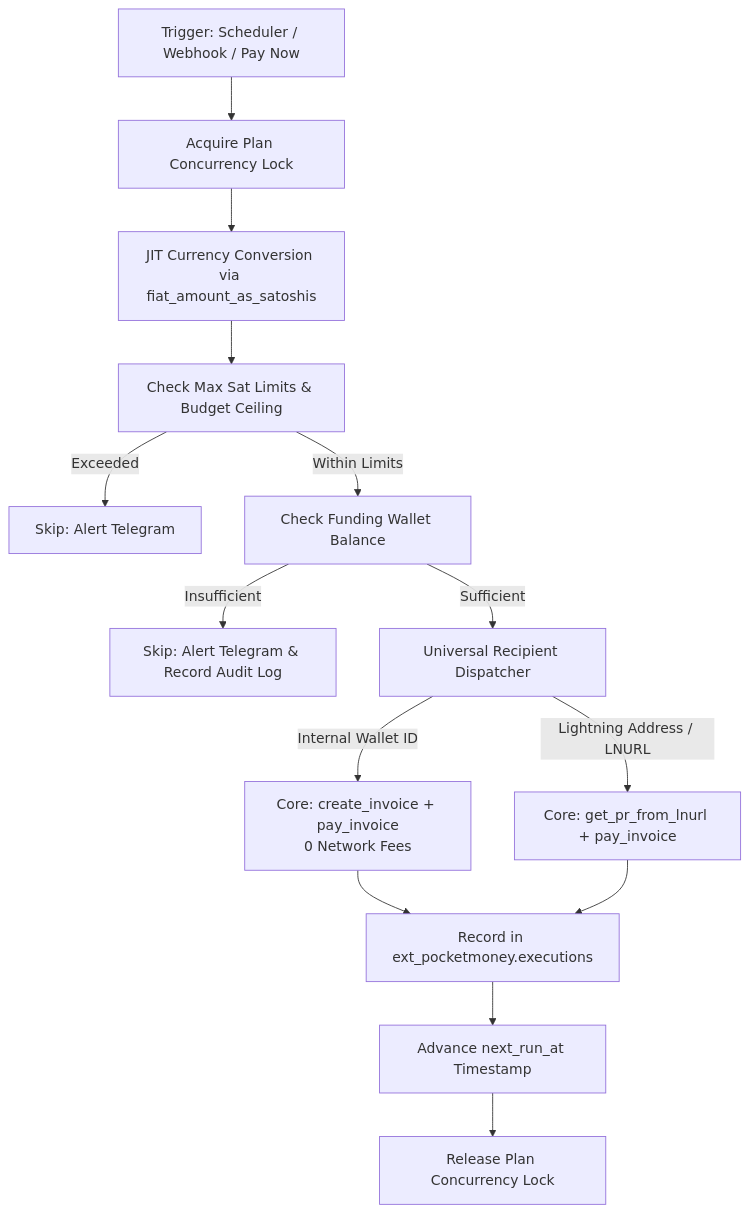
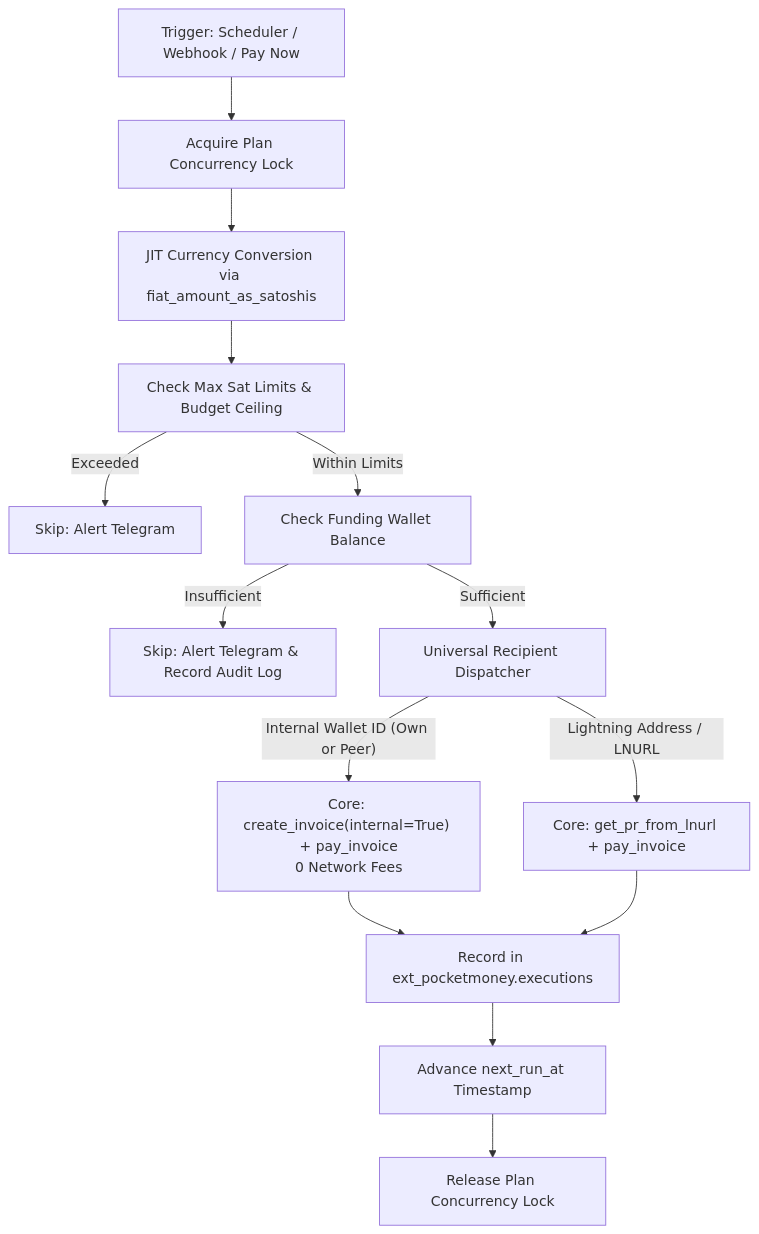
One commit to TrezorHannes/pocketmoney changed the diagram in README.md. Above: the diagram before and after it, drawn with Mermaid. The commit also changed other lines of this file and 1 other file, not shown here.

Commit message:
docs: document peer wallet ID support and complete API reference table for v0.1.3 (#12)

````diff
--- a/README.md
+++ b/README.md
@@ -51,18 +51,18 @@
 ```mermaid
 graph TD
     Trigger["Trigger: Scheduler / Webhook / Pay Now"] --> Concurrency["Acquire Plan Concurrency Lock"]
     Concurrency --> JIT["JIT Currency Conversion via fiat_amount_as_satoshis"]
     JIT --> Slippage["Check Max Sat Limits & Budget Ceiling"]
     Slippage -->|"Exceeded"| SkipSlippage["Skip: Alert Telegram"]
     Slippage -->|"Within Limits"| Balance["Check Funding Wallet Balance"]
     Balance -->|"Insufficient"| SkipBalance["Skip: Alert Telegram & Record Audit Log"]
     Balance -->|"Sufficient"| Dispatch["Universal Recipient Dispatcher"]
 
-    Dispatch -->|"Internal Wallet ID"| Internal["Core: create_invoice + pay_invoice<br/>0 Network Fees"]
+    Dispatch -->|"Internal Wallet ID (Own or Peer)"| Internal["Core: create_invoice(internal=True) + pay_invoice<br/>0 Network Fees"]
     Dispatch -->|"Lightning Address / LNURL"| External["Core: get_pr_from_lnurl + pay_invoice"]
 
     Internal --> Audit["Record in ext_pocketmoney.executions"]
     External --> Audit
     Audit --> NextRun["Advance next_run_at Timestamp"]
     NextRun --> Release["Release Plan Concurrency Lock"]
 ```
````
